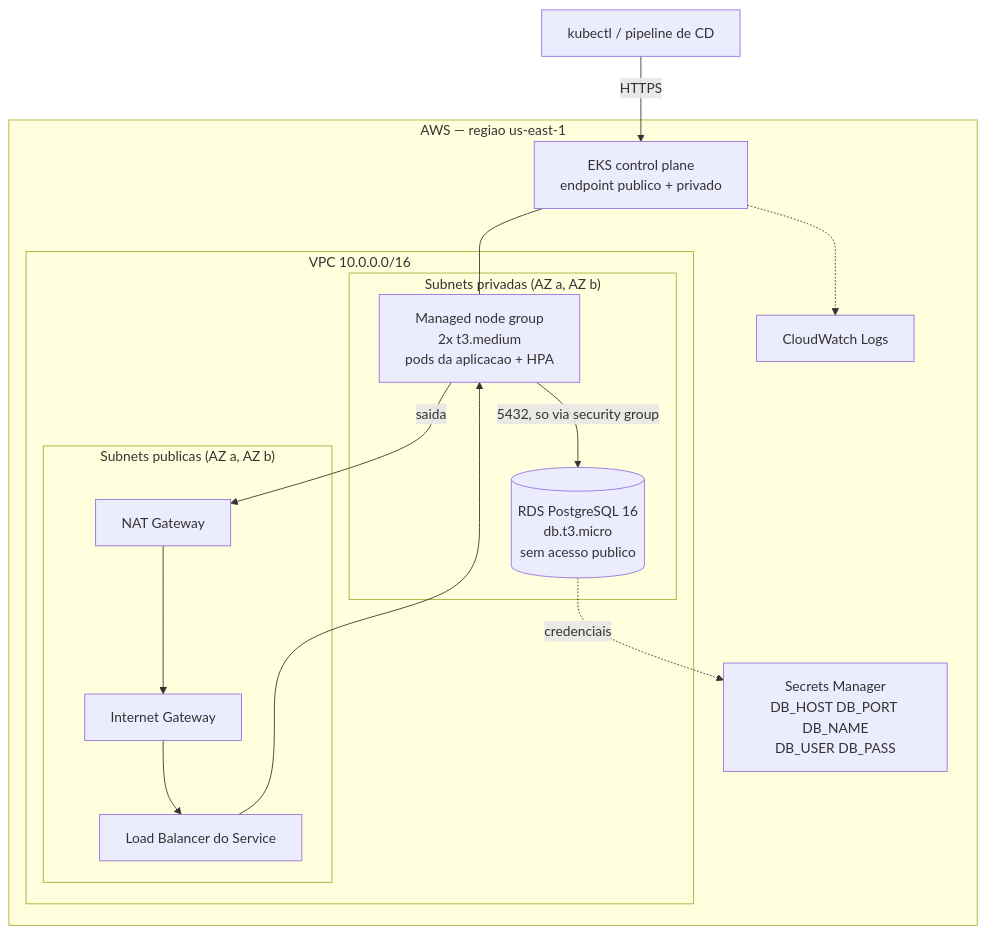
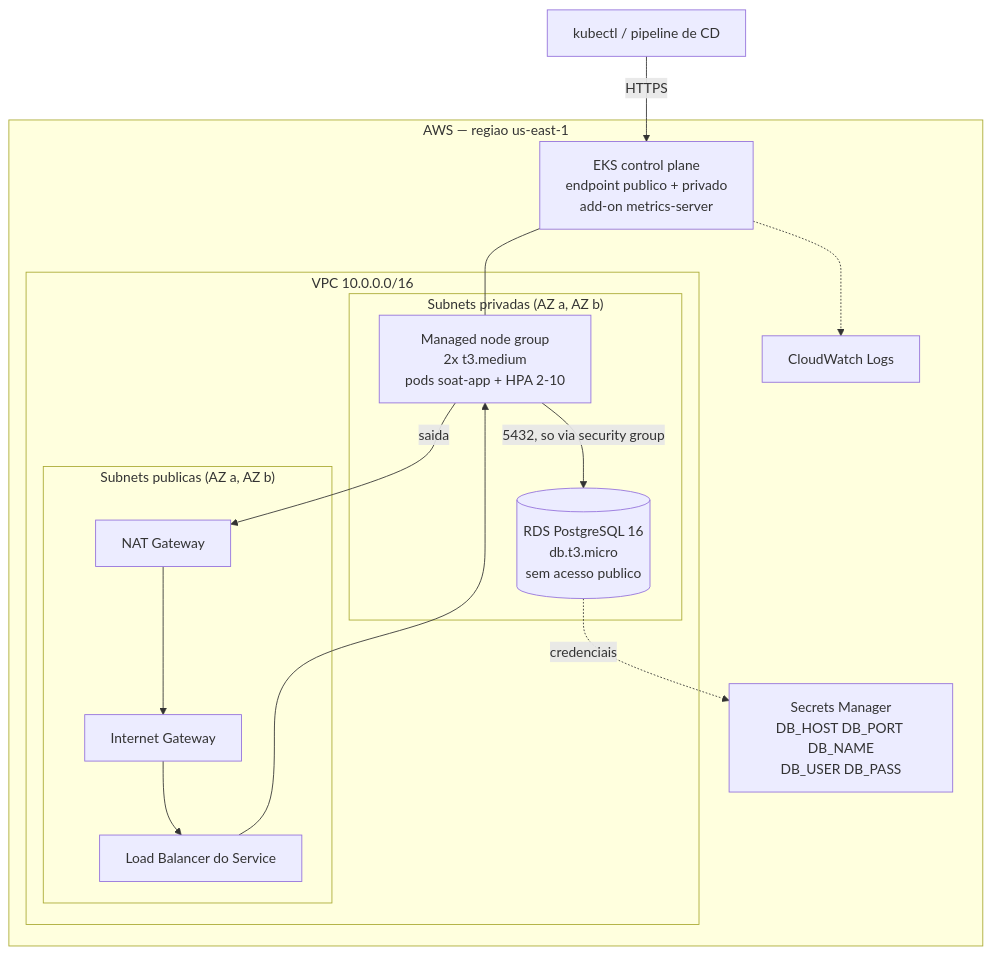
The first of 2 diagrams in infra/README.md (gomes-leonardo/fiap-software-architecture), drawn with Mermaid before and after one commit. The commit also changed other lines of this file and 4 other files, not shown here.

````diff
--- a/infra/README.md
+++ b/infra/README.md
@@ -46,31 +53,31 @@
 ```mermaid
 flowchart TB
     dev[kubectl / pipeline de CD]
 
     subgraph AWS["AWS — regiao us-east-1"]
         subgraph VPC["VPC 10.0.0.0/16"]
             subgraph PUB["Subnets publicas (AZ a, AZ b)"]
                 IGW[Internet Gateway]
                 NAT[NAT Gateway]
                 ELB[Load Balancer do Service]
             end
 
             subgraph PRIV["Subnets privadas (AZ a, AZ b)"]
-                NODES["Managed node group<br/>2x t3.medium<br/>pods da aplicacao + HPA"]
+                NODES["Managed node group<br/>2x t3.medium<br/>pods soat-app + HPA 2-10"]
                 RDS[("RDS PostgreSQL 16<br/>db.t3.micro<br/>sem acesso publico")]
             end
         end
 
-        EKS["EKS control plane<br/>endpoint publico + privado"]
+        EKS["EKS control plane<br/>endpoint publico + privado<br/>add-on metrics-server"]
         SM["Secrets Manager<br/>DB_HOST DB_PORT DB_NAME<br/>DB_USER DB_PASS"]
         CW[CloudWatch Logs]
     end
 
     dev -->|HTTPS| EKS
     EKS --- NODES
     IGW --> ELB --> NODES
     NODES -->|saida| NAT --> IGW
     NODES -->|"5432, so via security group"| RDS
     RDS -.->|credenciais| SM
     EKS -.-> CW
 ```
````
